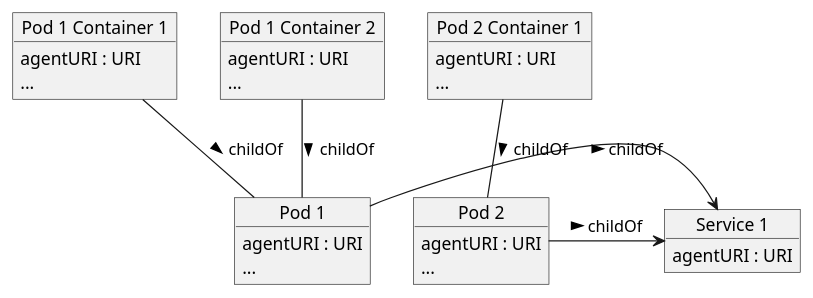
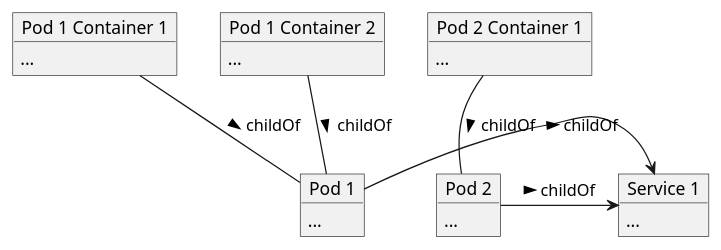
Before and after one commit to metlos/rhq.next-thoughts: the tenth of 11 diagrams in doc/architecture.adoc, drawn with PlantUML. The commit also changed other lines of this file, not shown here.

Commit message:
Updates to introduction, discovery workflow and wrote agent identity chapter.

```diff
--- a/doc/architecture.adoc
+++ b/doc/architecture.adoc
@@ -441,40 +429,35 @@
 [plantuml, discovery-results-kubernetes]
 ....
 
 object "Service 1" as srvc1 {
-    agentURI : URI
+    ...
 }
 
 object "Pod 1" as pod1 {
-    agentURI : URI
     ...
 }
 
 object "Pod 2" as pod2 {
-    agentURI : URI
     ...
 }
 
 object "Pod 1 Container 1" as pod1Cont1 {
-    agentURI : URI
     ...
 }
 
 object "Pod 1 Container 2" as pod1Cont2 {
-    agentURI : URI
     ...
 }
 
 object "Pod 2 Container 1" as pod2Cont1 {
-    agentURI : URI
     ...
 }
 
 pod1 -> srvc1 : childOf >
 pod2 -> srvc1 : childOf >
 
 pod1Cont1 -- pod1 : childOf >
 pod1Cont2 -- pod1 : childOf >
 pod2Cont1 -- pod2 : childOf >
 
 ....
```
